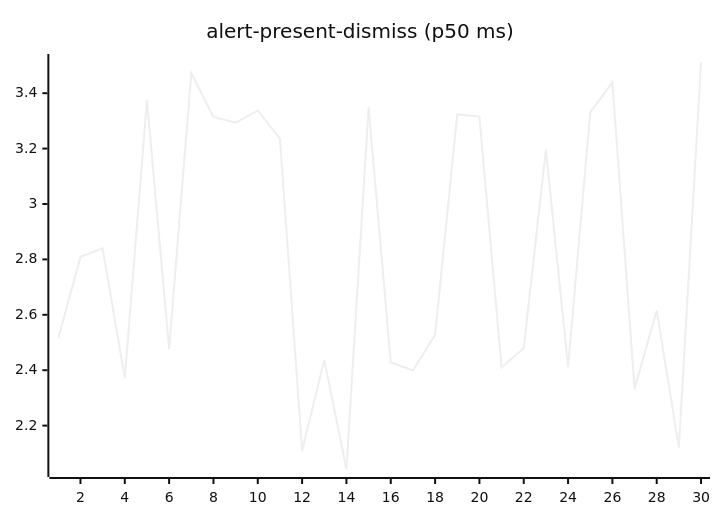
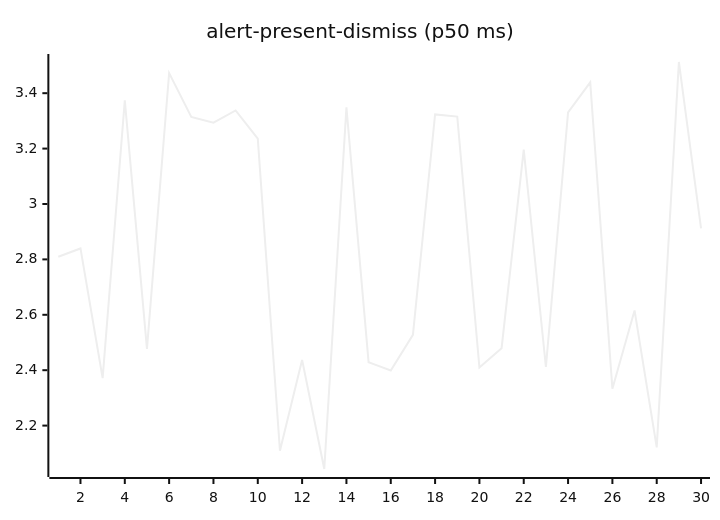
One commit to josha/Facet changed the second of 27 diagrams in README.md. Above: the diagram before and after it, drawn with Mermaid (neutral theme). The commit also changed other lines of this file and 2 other files, not shown here.

````diff
--- a/README.md
+++ b/README.md
@@ -70,6 +70,6 @@
 ```mermaid
 xychart-beta
     title "alert-present-dismiss (p50 ms)"
     x-axis 1 --> 30
-    line [2.5156, 2.8095, 2.8395, 2.3714, 3.3741, 2.4770, 3.4723, 3.3142, 3.2934, 3.3378, 3.2358, 2.1094, 2.4372, 2.0433, 3.3486, 2.4287, 2.3992, 2.5276, 3.3233, 3.3156, 2.4099, 2.4796, 3.1966, 2.4115, 3.3306, 3.4390, 2.3331, 2.6158, 2.1213, 3.5126]
+    line [2.8095, 2.8395, 2.3714, 3.3741, 2.4770, 3.4723, 3.3142, 3.2934, 3.3378, 3.2358, 2.1094, 2.4372, 2.0433, 3.3486, 2.4287, 2.3992, 2.5276, 3.3233, 3.3156, 2.4099, 2.4796, 3.1966, 2.4115, 3.3306, 3.4390, 2.3331, 2.6158, 2.1213, 3.5126, 2.9120]
 ```
````
